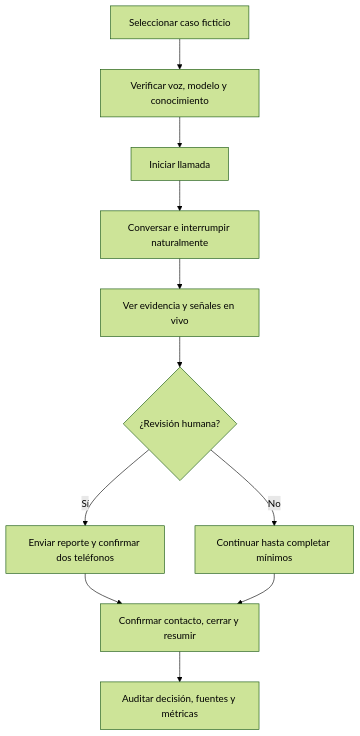
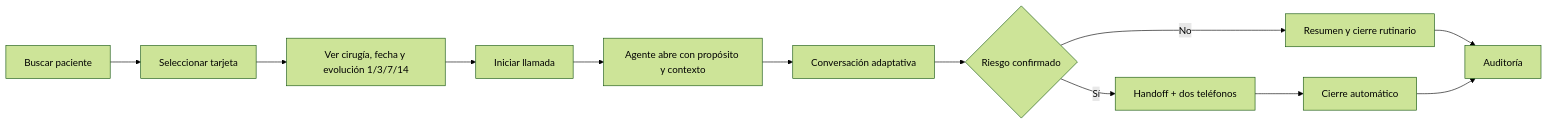
One commit to sebasga79/care-companion changed the diagram in docs/design.md. Above: the diagram before and after it, drawn with Mermaid (forest theme). The commit also changed other lines of this file and 46 other files, not shown here.

````diff
--- a/docs/design.md
+++ b/docs/design.md
@@ -52,13 +46,14 @@
 ```mermaid
-flowchart TD
-    A["Seleccionar caso ficticio"] --> B["Verificar voz, modelo y conocimiento"]
-    B --> C["Iniciar llamada"]
-    C --> D["Conversar e interrumpir naturalmente"]
-    D --> E["Ver evidencia y señales en vivo"]
-    E --> F{"¿Revisión humana?"}
-    F -->|"Sí"| G["Enviar reporte y confirmar dos teléfonos"]
-    F -->|"No"| H["Continuar hasta completar mínimos"]
-    G --> I["Confirmar contacto, cerrar y resumir"]
-    H --> I
-    I --> J["Auditar decisión, fuentes y métricas"]
+flowchart LR
+    A[Buscar paciente] --> B[Seleccionar tarjeta]
+    B --> C[Ver cirugía, fecha y evolución 1/3/7/14]
+    C --> D[Iniciar llamada]
+    D --> E[Agente abre con propósito y contexto]
+    E --> F[Conversación adaptativa]
+    F --> G{Riesgo confirmado}
+    G -->|No| H[Resumen y cierre rutinario]
+    G -->|Sí| I[Handoff + dos teléfonos]
+    I --> J[Cierre automático]
+    H --> K[Auditoría]
+    J --> K
 ```
````
